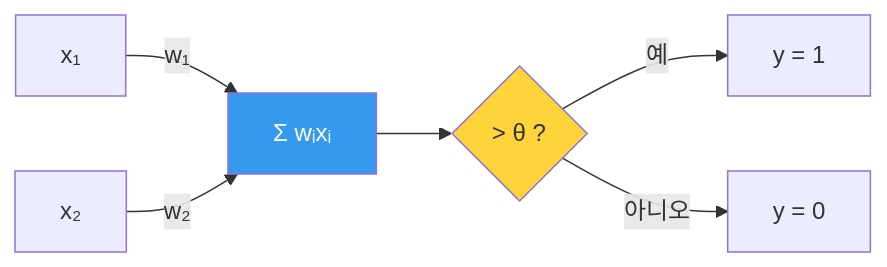
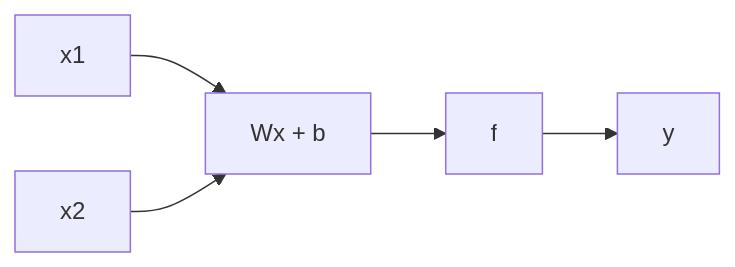
One commit to umyunsang/edu changed the second of 2 diagrams in ComputerScience/03_ai-ml-data/neural-networks/01. 퍼셉트론.md. Above: the diagram before and after it, drawn with Mermaid. The commit also changed other lines of this file, not shown here.

````diff
--- a/ComputerScience/03_ai-ml-data/neural-networks/01. 퍼셉트론.md
+++ b/ComputerScience/03_ai-ml-data/neural-networks/01. 퍼셉트론.md
@@ -42,11 +54,7 @@
 ```mermaid
 flowchart LR
-    X1["x₁"] -->|w₁| S["Σ wᵢxᵢ"]
-    X2["x₂"] -->|w₂| S
-    S --> T{"> θ ?"}
-    T -->|예| Y1["y = 1"]
-    T -->|아니오| Y0["y = 0"]
-
-    style S fill:#339af0,color:#fff
-    style T fill:#ffd43b,color:#333
+    X1["x1"] --> S["Wx + b"]
+    X2["x2"] --> S
+    S --> F["f"]
+    F --> Y["y"]
 ```
````
